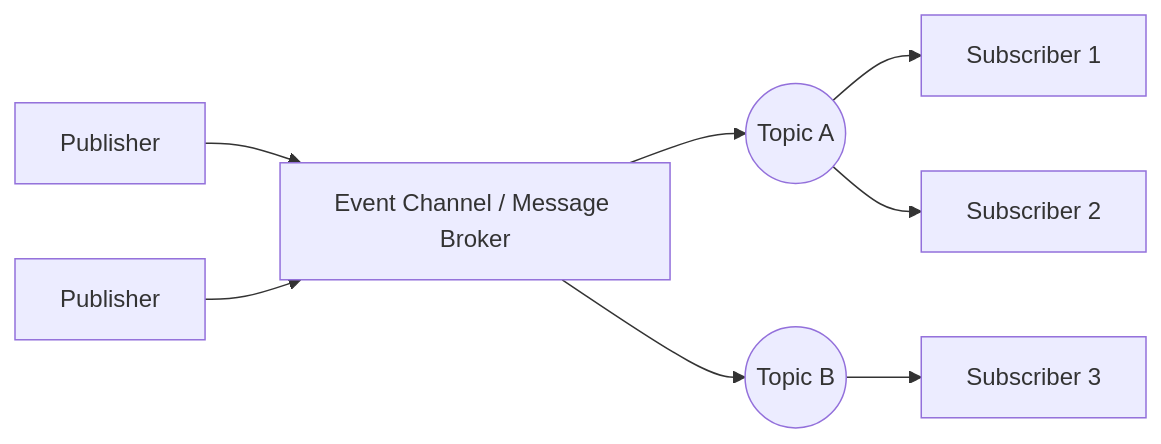
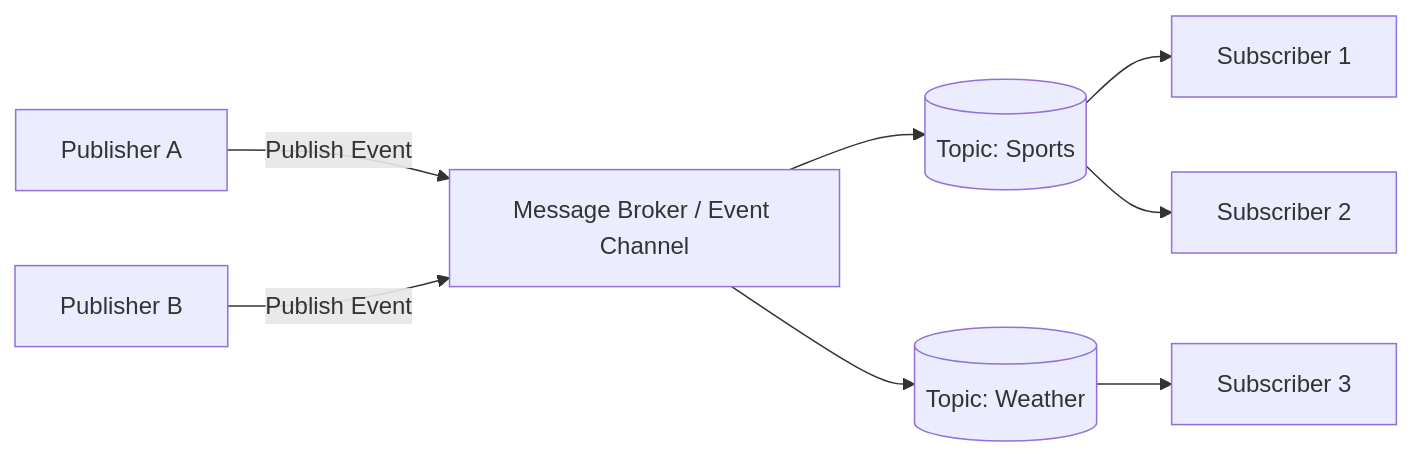
Before and after one commit to gp330841/interview: the second of 2 diagrams in low-level-design/concepts/08-observer-pubsub-pattern.md, drawn with Mermaid. The commit also changed other lines of this file and 66 other files, not shown here.

````diff
--- a/low-level-design/concepts/08-observer-pubsub-pattern.md
+++ b/low-level-design/concepts/08-observer-pubsub-pattern.md
@@ -63,10 +59,10 @@
 ```mermaid
 flowchart LR
-    Pub1[Publisher] --> Broker[Event Channel / Message Broker]
-    Pub2[Publisher] --> Broker
-    Broker --> TopicA((Topic A))
-    Broker --> TopicB((Topic B))
-    TopicA --> Sub1[Subscriber 1]
-    TopicA --> Sub2[Subscriber 2]
-    TopicB --> Sub3[Subscriber 3]
+    Publisher1[Publisher A] -->|Publish Event| Broker[Message Broker / Event Channel]
+    Publisher2[Publisher B] -->|Publish Event| Broker
+    Broker --> Topic1[(Topic: Sports)]
+    Broker --> Topic2[(Topic: Weather)]
+    Topic1 --> Subscriber1[Subscriber 1]
+    Topic1 --> Subscriber2[Subscriber 2]
+    Topic2 --> Subscriber3[Subscriber 3]
 ```
````
